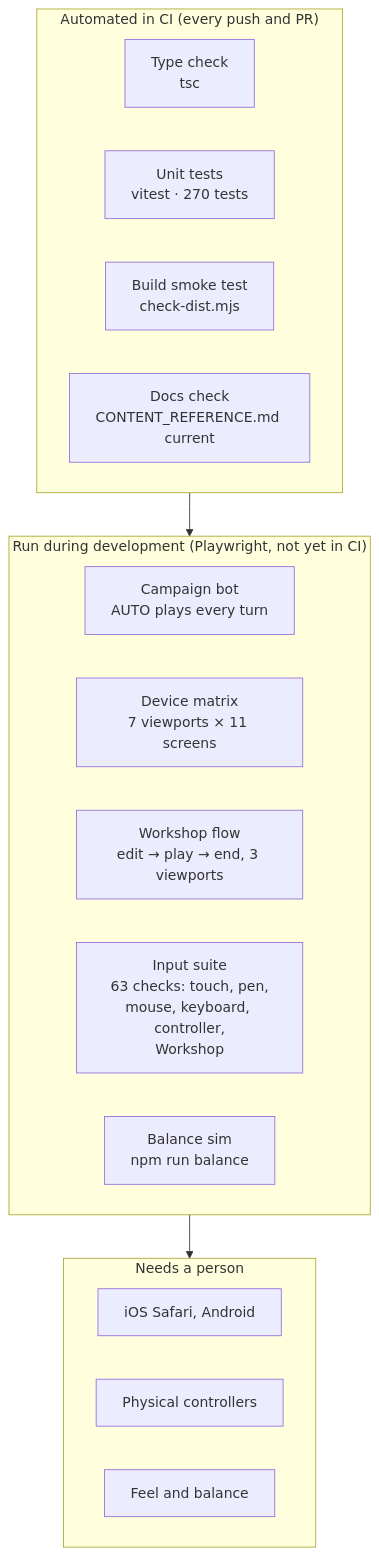
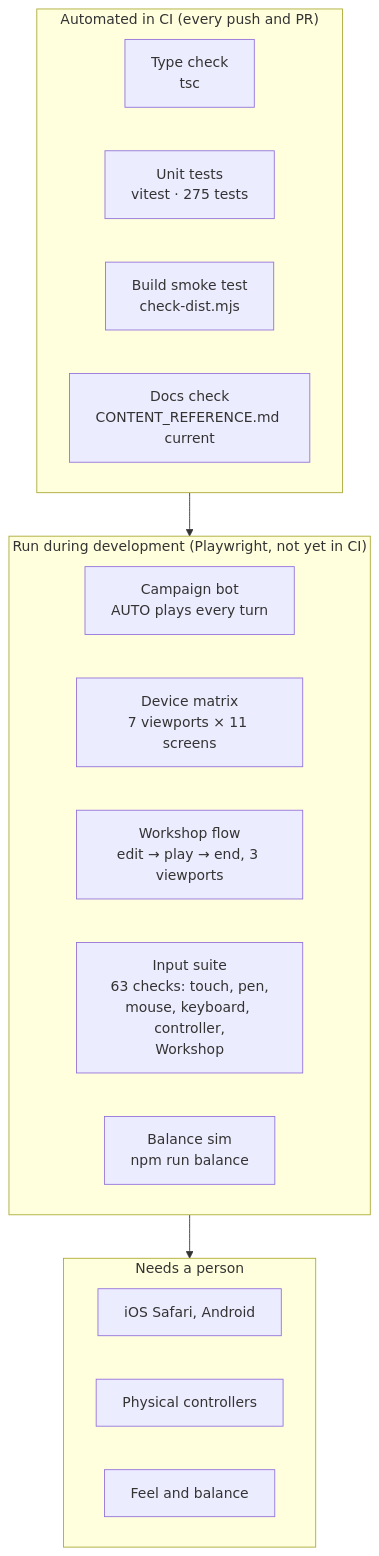
The diagram in docs/TESTING.md (CptNope/Chess-RPG-Tactics), drawn with Mermaid before and after one commit. The commit also changed other lines of this file and 22 other files, not shown here.

````diff
--- a/docs/TESTING.md
+++ b/docs/TESTING.md
@@ -9,22 +9,22 @@
 ```mermaid
 flowchart TB
     subgraph Auto["Automated in CI (every push and PR)"]
         T1["Type check<br/>tsc"]
-        T2["Unit tests<br/>vitest · 270 tests"]
+        T2["Unit tests<br/>vitest · 275 tests"]
         T3["Build smoke test<br/>check-dist.mjs"]
         T4["Docs check<br/>CONTENT_REFERENCE.md current"]
     end
     subgraph Dev["Run during development (Playwright, not yet in CI)"]
         P1["Campaign bot<br/>AUTO plays every turn"]
         P2["Device matrix<br/>7 viewports × 11 screens"]
         P4["Workshop flow<br/>edit → play → end, 3 viewports"]
         P3["Input suite<br/>63 checks: touch, pen,<br/>mouse, keyboard, controller,<br/>Workshop"]
         P5["Balance sim<br/>npm run balance"]
     end
     subgraph Human["Needs a person"]
         H1["iOS Safari, Android"]
         H2["Physical controllers"]
         H3["Feel and balance"]
     end
     Auto --> Dev --> Human
 ```
````
